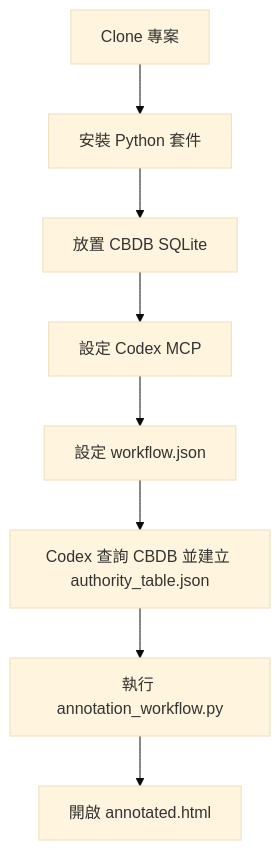
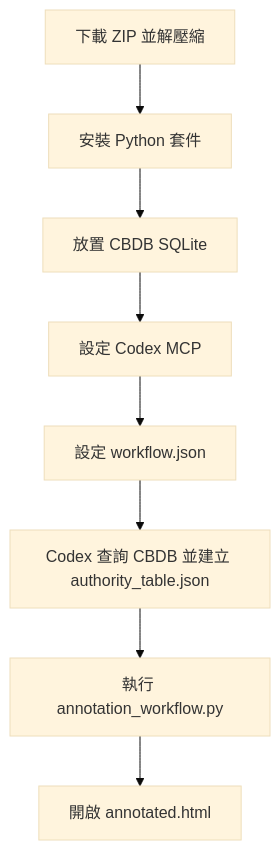
The diagram in README.md (cclintw/cbdb-mcp-server-codex), drawn with Mermaid (base theme) before and after one commit. The commit also changed other lines of this file, not shown here.

Commit message:
Prefer zip download in README

````diff
--- a/README.md
+++ b/README.md
@@ -16,10 +16,10 @@
 ```mermaid
 flowchart TD
-    A["Clone 專案"] --> B["安裝 Python 套件"]
+    A["下載 ZIP 並解壓縮"] --> B["安裝 Python 套件"]
     B --> C["放置 CBDB SQLite"]
     C --> D["設定 Codex MCP"]
     D --> E["設定 workflow.json"]
     E --> F["Codex 查詢 CBDB 並建立 authority_table.json"]
     F --> G["執行 annotation_workflow.py"]
     G --> H["開啟 annotated.html"]
 ```
````
